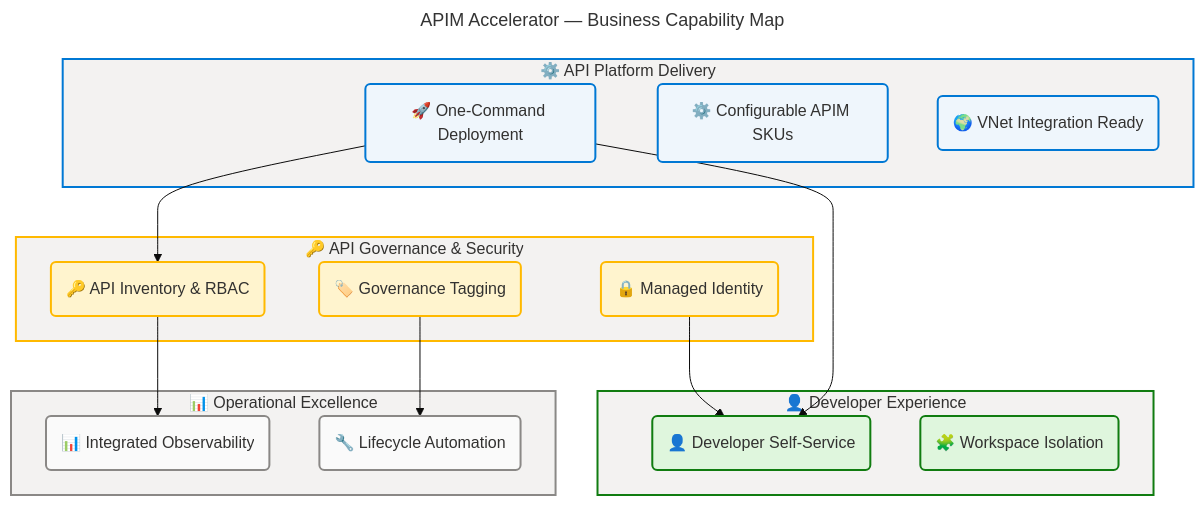
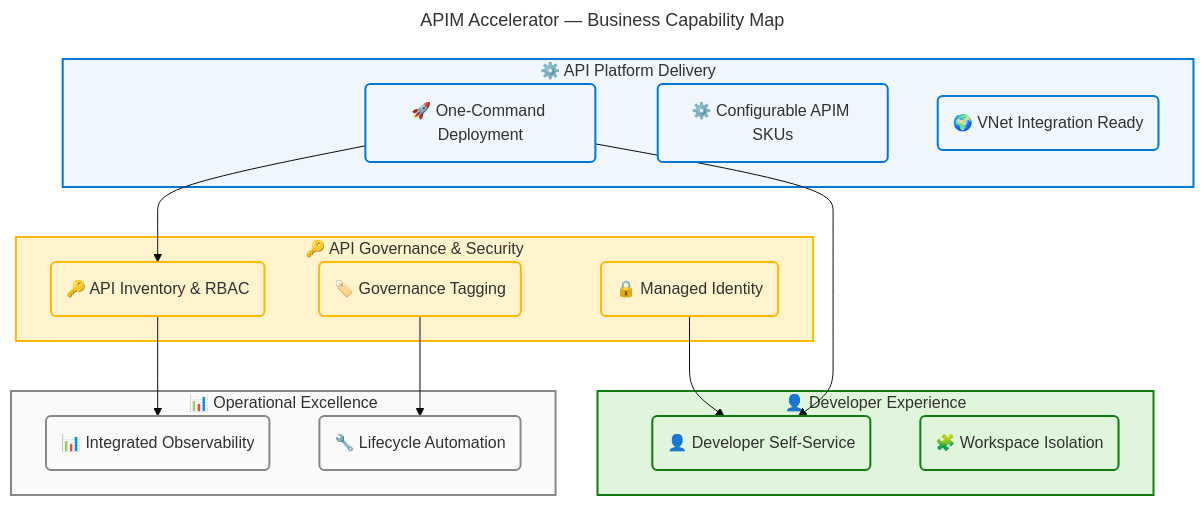
One commit to Evilazaro/APIM-Accelerator changed the first of 6 diagrams in docs/architecture/business-architecture.md. Above: the diagram before and after it, drawn with Mermaid. The commit also changed other lines of this file and 2 other files, not shown here.

Commit message:
style: update flowchart colors for consistency and improved clarity across architecture documentation

````diff
--- a/docs/architecture/business-architecture.md
+++ b/docs/architecture/business-architecture.md
@@ -277,65 +277,65 @@
 ```mermaid
 ---
 title: "APIM Accelerator — Business Capability Map"
 config:
   theme: base
   look: classic
   layout: dagre
   themeVariables:
     fontSize: '16px'
   flowchart:
     htmlLabels: true
 ---
 flowchart TB
     accTitle: APIM Accelerator Business Capability Map
     accDescr: Four business capability domains with ten grouped capabilities — API Platform Delivery, Developer Experience, API Governance and Security, and Operational Excellence — sourced from README.md features table and src Bicep modules
 
     %% ═══════════════════════════════════════════════════════════════════════════
     %% AZURE / FLUENT ARCHITECTURE PATTERN v1.1
     %% (Semantic + Structural + Font + Accessibility Governance)
     %% ═══════════════════════════════════════════════════════════════════════════
     %% PHASE 1 - FLUENT UI: All styling uses approved Fluent UI palette only
     %% PHASE 2 - GROUPS: Every subgraph has semantic color via style directive
     %% PHASE 3 - COMPONENTS: Every node has semantic classDef + icon prefix
     %% PHASE 4 - ACCESSIBILITY: accTitle/accDescr present, WCAG AA contrast
     %% PHASE 5 - STANDARD: Governance block present, classDefs centralized
     %% ═══════════════════════════════════════════════════════════════════════════
 
     subgraph platformDelivery["⚙️ API Platform Delivery"]
         cap1("🚀 One-Command Deployment"):::core
         cap2("⚙️ Configurable APIM SKUs"):::core
         cap3("🌍 VNet Integration Ready"):::core
     end
 
     subgraph devExp["👤 Developer Experience"]
         cap4("👤 Developer Self-Service"):::success
         cap5("🧩 Workspace Isolation"):::success
     end
 
     subgraph apiGov["🔑 API Governance & Security"]
         cap6("🔑 API Inventory & RBAC"):::warning
         cap7("🏷️ Governance Tagging"):::warning
         cap8("🔒 Managed Identity"):::warning
     end
 
     subgraph operations["📊 Operational Excellence"]
         cap9("📊 Integrated Observability"):::neutral
         cap10("🔧 Lifecycle Automation"):::neutral
     end
 
     cap1 --> cap4
     cap1 --> cap6
     cap6 --> cap9
     cap8 --> cap4
     cap7 --> cap10
 
-    style platformDelivery fill:#F3F2F1,stroke:#0078D4,stroke-width:2px,color:#323130
-    style devExp fill:#F3F2F1,stroke:#107C10,stroke-width:2px,color:#323130
-    style apiGov fill:#F3F2F1,stroke:#FFB900,stroke-width:2px,color:#323130
-    style operations fill:#F3F2F1,stroke:#8A8886,stroke-width:2px,color:#323130
+    style platformDelivery fill:#EFF6FC,stroke:#0078D4,stroke-width:2px,color:#323130
+    style devExp fill:#DFF6DD,stroke:#107C10,stroke-width:2px,color:#323130
+    style apiGov fill:#FFF4CE,stroke:#FFB900,stroke-width:2px,color:#323130
+    style operations fill:#FAFAFA,stroke:#8A8886,stroke-width:2px,color:#323130
 
     classDef core fill:#EFF6FC,stroke:#0078D4,stroke-width:2px,color:#323130
     classDef success fill:#DFF6DD,stroke:#107C10,stroke-width:2px,color:#323130
     classDef warning fill:#FFF4CE,stroke:#FFB900,stroke-width:2px,color:#323130
     classDef neutral fill:#FAFAFA,stroke:#8A8886,stroke-width:2px,color:#323130
 ```
````
